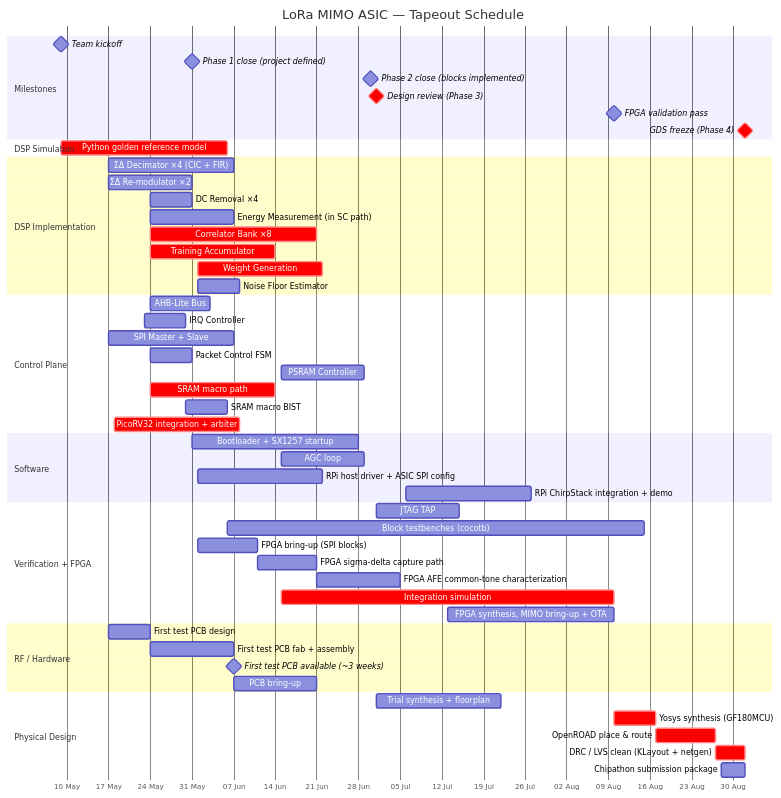
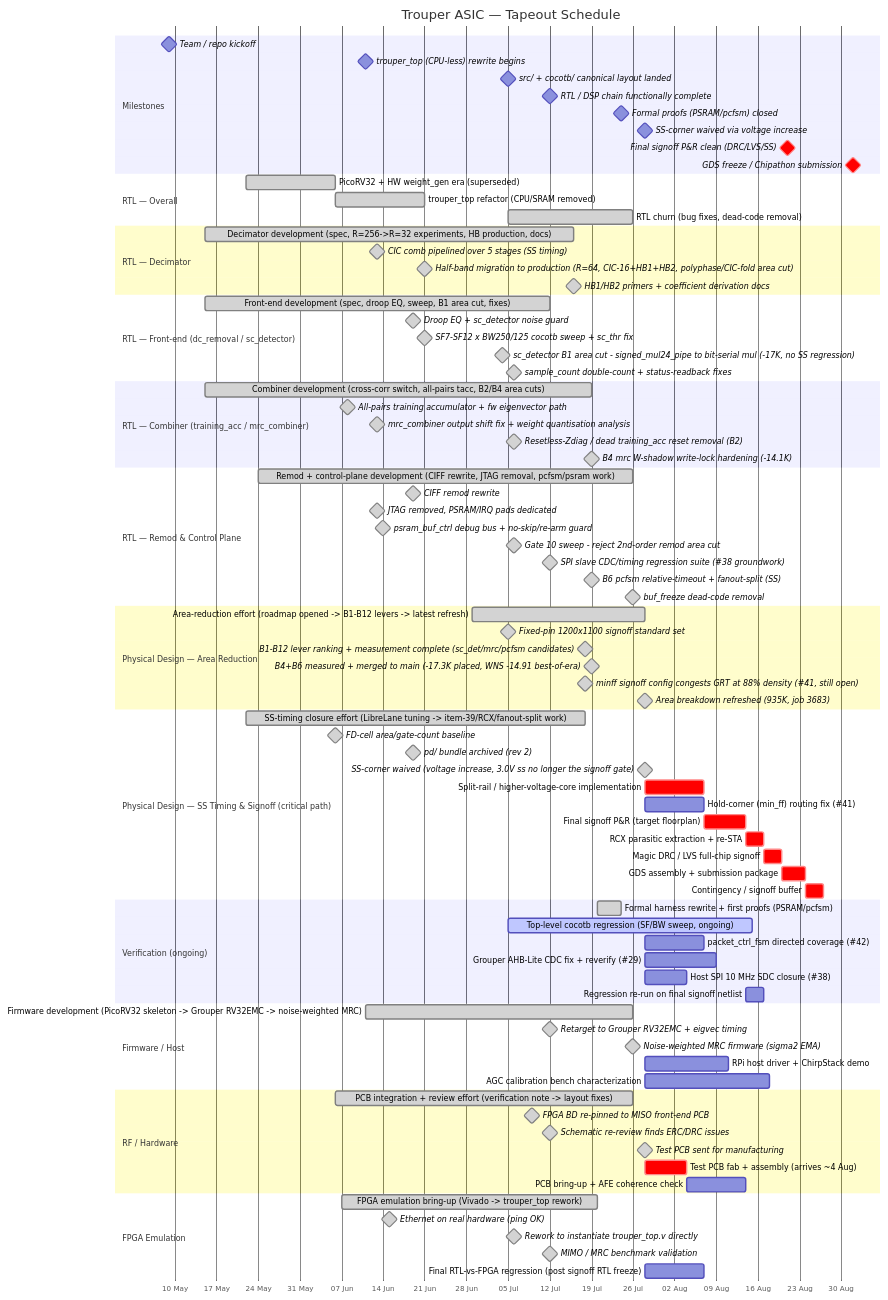
One commit to Sheffield-Chip-Design-Team/chipathon-2026-trouper changed the diagram in planning/Gantt.md. Above: the diagram before and after it, drawn with Mermaid. The commit also changed other lines of this file, not shown here.

First line of the commit message:
docs: rewrite project Gantt chart against current architecture and git history

````diff
--- a/planning/Gantt.md
+++ b/planning/Gantt.md
@@ -9,65 +25,103 @@
 ```mermaid
 gantt
-    title LoRa MIMO ASIC — Tapeout Schedule
+    title Trouper ASIC — Tapeout Schedule
     dateFormat  YYYY-MM-DD
     axisFormat  %d %b
+    todayMarker on
 
     section Milestones
-    Team kickoff                         :milestone, m1, 2026-05-09, 0d
-    Phase 1 close (project defined)      :milestone, m_p1, 2026-05-31, 0d
-    Phase 2 close (blocks implemented)   :milestone, m_p2, 2026-06-30, 0d
-    Design review (Phase 3)              :milestone, crit, m2, 2026-07-01, 0d
-    FPGA validation pass                 :milestone, m3,     2026-08-10, 0d
-    GDS freeze (Phase 4)                 :milestone, crit, m4, 2026-09-01, 0d
+    Team / repo kickoff                    :milestone, m0, 2026-05-09, 0d
+    trouper_top (CPU-less) rewrite begins  :milestone, m0b, 2026-06-11, 0d
+    src/ + cocotb/ canonical layout landed :milestone, m0d, 2026-07-05, 0d
+    RTL / DSP chain functionally complete :milestone, m1, 2026-07-12, 0d
+    Formal proofs (PSRAM/pcfsm) closed     :milestone, m2, 2026-07-24, 0d
+    SS-corner waived via voltage increase  :milestone, m3, 2026-07-28, 0d
+    Final signoff P&R clean (DRC/LVS/SS)   :crit, milestone, m4, 2026-08-21, 0d
+    GDS freeze / Chipathon submission      :crit, milestone, m5, 2026-09-01, 0d
 
-    section DSP Simulation
-    Python golden reference model        :crit, vf1,  2026-05-09, 28d
+    section RTL — Overall
+    PicoRV32 + HW weight_gen era (superseded) :done, rh2, 2026-05-22, 2026-06-06
+    trouper_top refactor (CPU/SRAM removed)   :done, rh3, 2026-06-06, 2026-06-21
+    RTL churn (bug fixes, dead-code removal)   :done, rh7, 2026-07-05, 2026-07-26
 
-    section DSP Implementation
-    ΣΔ Decimator ×4 (CIC + FIR)         :rx1,  2026-05-17, 21d
-    ΣΔ Re-modulator ×2                   :rx6,  2026-05-17, 14d
-    DC Removal ×4                        :rx0,  2026-05-24, 7d
-    Energy Measurement (in SC path)     :rx2,  2026-05-24, 14d
-    Correlator Bank ×8                   :crit, rx3,  2026-05-24, 28d
-    Training Accumulator                 :crit, rx4,  2026-05-24, 21d
-    Weight Generation                    :crit, rx5,  2026-06-01, 21d
-    Noise Floor Estimator                :rx7,  2026-06-01, 7d
+    section RTL — Decimator
+    Decimator development (spec, R=256->R=32 experiments, HB production, docs) :done, rd0, 2026-05-15, 2026-07-16
+    CIC comb pipelined over 5 stages (SS timing)      :milestone, done, rd2, 2026-06-13, 0d
+    Half-band migration to production (R=64, CIC-16+HB1+HB2, polyphase/CIC-fold area cut) :milestone, done, rd3, 2026-06-21, 0d
+    HB1/HB2 primers + coefficient derivation docs      :milestone, done, rd5, 2026-07-16, 0d
 
-    section Control Plane
-    AHB-Lite Bus                         :cb4,  2026-05-24, 10d
-    IRQ Controller                       :cb3,  2026-05-23, 7d
-    SPI Master + Slave                   :cb1,  2026-05-17, 21d
-    Packet Control FSM                   :cb5,  2026-05-24, 7d
-    PSRAM Controller                     :cb6,  2026-06-15, 14d
-    SRAM macro path                      :crit, cm1,  2026-05-24, 21d
-    SRAM macro BIST                      :cm2,  2026-05-30, 7d
-    PicoRV32 integration + arbiter       :crit, cm3,  2026-05-18, 21d
+    section RTL — Front-end (dc_removal / sc_detector)
+    Front-end development (spec, droop EQ, sweep, B1 area cut, fixes) :done, rf0, 2026-05-15, 2026-07-12
+    Droop EQ + sc_detector noise guard     :milestone, done, rf2, 2026-06-19, 0d
+    SF7-SF12 x BW250/125 cocotb sweep + sc_thr fix :milestone, done, rf3, 2026-06-21, 0d
+    sc_detector B1 area cut - signed_mul24_pipe to bit-serial mul (-17K, no SS regression) :milestone, done, rf4, 2026-07-04, 0d
+    sample_count double-count + status-readback fixes :milestone, done, rf5, 2026-07-06, 0d
 
-    section Software
-    Bootloader + SX1257 startup          :fw0,  2026-05-31, 28d
-    AGC loop                             :fw4,  2026-06-15, 14d
-    RPi host driver + ASIC SPI config    :fw6,  2026-06-01, 21d
-    RPi ChirpStack integration + demo    :fw7,  2026-07-06, 21d
+    section RTL — Combiner (training_acc / mrc_combiner)
+    Combiner development (cross-corr switch, all-pairs tacc, B2/B4 area cuts) :done, rc0, 2026-05-15, 2026-07-19
+    All-pairs training accumulator + fw eigenvector path :milestone, done, rc2, 2026-06-08, 0d
+    mrc_combiner output shift fix + weight quantisation analysis :milestone, done, rc3, 2026-06-13, 0d
+    Resetless-Zdiag / dead training_acc reset removal (B2) :milestone, done, rc4, 2026-07-06, 0d
+    B4 mrc W-shadow write-lock hardening (-14.1K)  :milestone, done, rc5, 2026-07-19, 0d
 
-    section Verification + FPGA
-    JTAG TAP                             :cm4,  2026-07-01, 14d
-    Block testbenches (cocotb)           :vf2,  after vf1, 70d
-    FPGA bring-up (SPI blocks)           :fp0,  2026-06-01, 10d
-    FPGA sigma-delta capture path        :fp1,  2026-06-11, 10d
-    FPGA AFE common-tone characterization:fp2,  2026-06-21, 14d
-    Integration simulation               :crit, vf4,  2026-06-15, 56d
-    FPGA synthesis, MIMO bring-up + OTA  :fp3,  2026-07-13, 28d
+    section RTL — Remod & Control Plane
+    Remod + control-plane development (CIFF rewrite, JTAG removal, pcfsm/psram work) :done, rr0, 2026-05-24, 2026-07-26
+    CIFF remod rewrite                     :milestone, done, rr1, 2026-06-19, 0d
+    JTAG removed, PSRAM/IRQ pads dedicated :milestone, done, rr3, 2026-06-13, 0d
+    psram_buf_ctrl debug bus + no-skip/re-arm guard :milestone, done, rr4, 2026-06-14, 0d
+    Gate 10 sweep - reject 2nd-order remod area cut :milestone, done, rr2, 2026-07-06, 0d
+    SPI slave CDC/timing regression suite (#38 groundwork) :milestone, done, rr5, 2026-07-12, 0d
+    B6 pcfsm relative-timeout + fanout-split (SS)  :milestone, done, rr6, 2026-07-19, 0d
+    buf_freeze dead-code removal            :milestone, done, rr7, 2026-07-26, 0d
+
+    section Physical Design — Area Reduction
+    Area-reduction effort (roadmap opened -> B1-B12 levers -> latest refresh) :done, pda0, 2026-06-29, 2026-07-28
+    Fixed-pin 1200x1100 signoff standard set :milestone, done, pda1, 2026-07-05, 0d
+    B1-B12 lever ranking + measurement complete (sc_det/mrc/pcfsm candidates) :milestone, done, pda3, 2026-07-18, 0d
+    B4+B6 measured + merged to main (-17.3K placed, WNS -14.91 best-of-era) :milestone, done, pda4, 2026-07-19, 0d
+    minff signoff config congests GRT at 88% density (#41, still open) :milestone, done, pda5, 2026-07-18, 0d
+    Area breakdown refreshed (935K, job 3683)  :milestone, done, pda6, 2026-07-28, 0d
+
+    section Physical Design — SS Timing & Signoff (critical path)
+    SS-timing closure effort (LibreLane tuning -> item-39/RCX/fanout-split work) :done, pdh0, 2026-05-22, 2026-07-18
+    FD-cell area/gate-count baseline        :milestone, done, pdh2, 2026-06-06, 0d
+    pd/ bundle archived (rev 2)             :milestone, done, pdh4, 2026-06-19, 0d
+    SS-corner waived (voltage increase, 3.0V ss no longer the signoff gate) :done, milestone, pd1, 2026-07-28, 0d
+    Split-rail / higher-voltage-core implementation :crit, pd2b, 2026-07-28, 10d
+    Hold-corner (min_ff) routing fix (#41) :pd3, 2026-07-28, 10d
+    Final signoff P&R (target floorplan)   :crit, pd4, after pd2b, 7d
+    RCX parasitic extraction + re-STA      :crit, pd5, after pd4, 3d
+    Magic DRC / LVS full-chip signoff      :crit, pd6, after pd5, 3d
+    GDS assembly + submission package      :crit, pd7, after pd6, 4d
+    Contingency / signoff buffer           :crit, pd8, after pd7, 3d
+
+    section Verification (ongoing)
+    Formal harness rewrite + first proofs (PSRAM/pcfsm) :done, vfh1, 2026-07-20, 2026-07-24
+    Top-level cocotb regression (SF/BW sweep, ongoing) :active, vf0, 2026-07-05, 2026-08-15
+    packet_ctrl_fsm directed coverage (#42):vf1, 2026-07-28, 10d
+    Grouper AHB-Lite CDC fix + reverify (#29):vf2, 2026-07-28, 12d
+    Host SPI 10 MHz SDC closure (#38)      :vf3, 2026-07-28, 7d
+    Regression re-run on final signoff netlist :vf4, after pd4, 3d
+
+    section Firmware / Host
+    Firmware development (PicoRV32 skeleton -> Grouper RV32EMC -> noise-weighted MRC) :done, fw00, 2026-06-11, 2026-07-26
+    Retarget to Grouper RV32EMC + eigvec timing :milestone, done, fw1a, 2026-07-12, 0d
+    Noise-weighted MRC firmware (sigma2 EMA)    :milestone, done, fw1b, 2026-07-26, 0d
+    RPi host driver + ChirpStack demo      :fw2, 2026-07-28, 14d
+    AGC calibration bench characterization :fw3, 2026-07-28, 21d
 
     section RF / Hardware
-    First test PCB design                :hw2,  2026-05-17, 7d
-    First test PCB fab + assembly        :hw3,  2026-05-24, 14d
-    First test PCB available (~3 weeks)  :milestone, hw4, 2026-06-07, 0d
-    PCB bring-up                         :hw5,  2026-06-07, 14d
+    PCB integration + review effort (verification note -> layout fixes) :done, hw00, 2026-06-06, 2026-07-26
+    FPGA BD re-pinned to MISO front-end PCB   :milestone, done, hw0b, 2026-07-09, 0d
+    Schematic re-review finds ERC/DRC issues  :milestone, done, hw0c, 2026-07-12, 0d
+    Test PCB sent for manufacturing        :done, milestone, hw1, 2026-07-28, 0d
+    Test PCB fab + assembly (arrives ~4 Aug):crit, hw2, 2026-07-28, 7d
+    PCB bring-up + AFE coherence check     :hw3, after hw2, 10d
 
-    section Physical Design
-    Trial synthesis + floorplan          :pd0,  2026-07-01, 21d
-    Yosys synthesis (GF180MCU)           :crit, pd1,  2026-08-10, 7d
-    OpenROAD place & route               :crit, pd2,  2026-08-17, 10d
-    DRC / LVS clean (KLayout + netgen)   :crit, pd3,  2026-08-27, 5d
-    Chipathon submission package         :pd4,  2026-08-28, 4d
+    section FPGA Emulation
+    FPGA emulation bring-up (Vivado -> trouper_top rework) :done, fp00, 2026-06-07, 2026-07-20
+    Ethernet on real hardware (ping OK)       :milestone, done, fp0b, 2026-06-15, 0d
+    Rework to instantiate trouper_top.v directly :milestone, done, fp0c, 2026-07-06, 0d
+    MIMO / MRC benchmark validation        :milestone, done, fp1, 2026-07-12, 0d
+    Final RTL-vs-FPGA regression (post signoff RTL freeze) :fp2, after pd1, 10d
 ```
````
